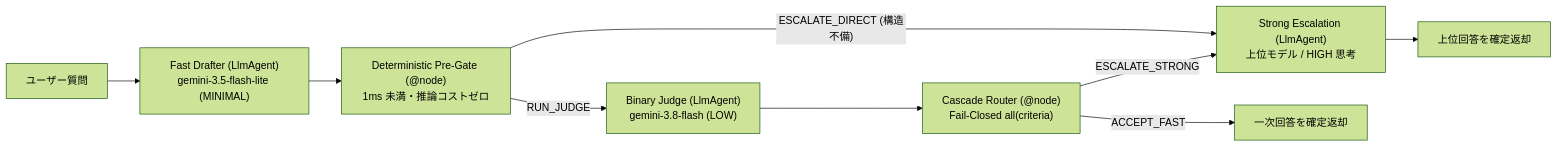
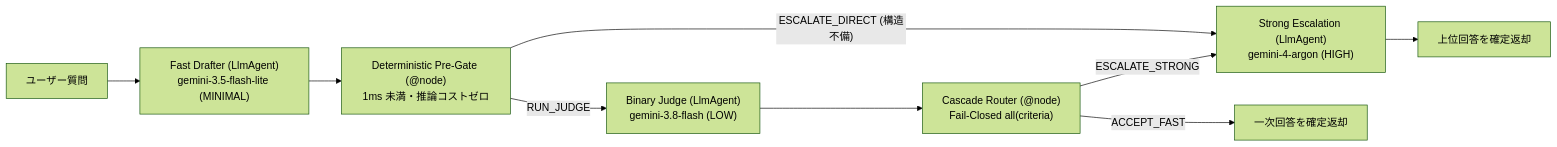
The diagram in production_patterns/prod04_model_cascade/README.md (tyorikan/agent-design-patterns), drawn with Mermaid (forest theme) before and after one commit. The commit also changed other lines of this file and 12 other files, not shown here.

Commit message:
chore(models): replace gemini-3.1-pro-preview with gemini-4-argon across configs and cascade

````diff
--- a/production_patterns/prod04_model_cascade/README.md
+++ b/production_patterns/prod04_model_cascade/README.md
@@ -13,10 +13,10 @@
 ```mermaid
 flowchart LR
     Q["ユーザー質問"] --> Fast["Fast Drafter (LlmAgent)<br/>gemini-3.5-flash-lite (MINIMAL)"]
     Fast --> Pre["Deterministic Pre-Gate (@node)<br/>1ms 未満・推論コストゼロ"]
-    Pre -->|"ESCALATE_DIRECT (構造不備)"| Strong["Strong Escalation (LlmAgent)<br/>上位モデル / HIGH 思考"]
+    Pre -->|"ESCALATE_DIRECT (構造不備)"| Strong["Strong Escalation (LlmAgent)<br/>gemini-4-argon (HIGH)"]
     Pre -->|"RUN_JUDGE"| Judge["Binary Judge (LlmAgent)<br/>gemini-3.8-flash (LOW)"]
     Judge --> Router["Cascade Router (@node)<br/>Fail-Closed all(criteria)"]
     Router -->|"ACCEPT_FAST"| OutFast["一次回答を確定返却"]
     Router -->|"ESCALATE_STRONG"| Strong --> OutStrong["上位回答を確定返却"]
 ```
````
